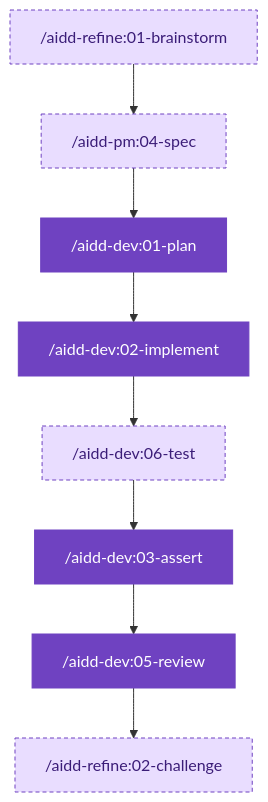
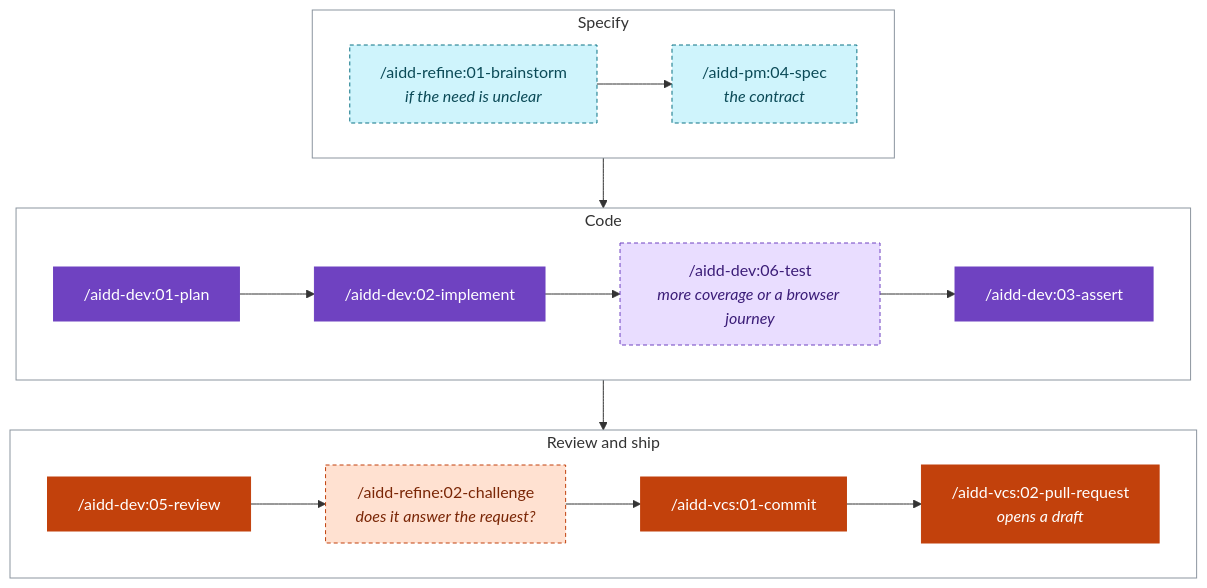
Before and after one commit to ai-driven-dev/framework: the second of 9 diagrams in docs/GUIDES.md, drawn with Mermaid. The commit also changed other lines of this file and 18 other files, not shown here.

First line of the commit message:
docs: show the human in the loop and trim every document to tables and diagrams

````diff
--- a/docs/GUIDES.md
+++ b/docs/GUIDES.md
@@ -31,8 +46,32 @@
 ```mermaid
 flowchart TD
-  n0["/aidd-refine:01-brainstorm"] --> n1["/aidd-pm:04-spec"] --> n2["/aidd-dev:01-plan"] --> n3["/aidd-dev:02-implement"] --> n4["/aidd-dev:06-test"] --> n5["/aidd-dev:03-assert"] --> n6["/aidd-dev:05-review"] --> n7["/aidd-refine:02-challenge"]
-  classDef step fill:#6f42c1,stroke:#6f42c1,color:#fff
-  classDef opt fill:#e9ddff,stroke:#6f42c1,stroke-dasharray:4 3,color:#3b1d78
-  class n2,n3,n5,n6 step
-  class n0,n1,n4,n7 opt
+  subgraph z0["Specify"]
+    direction LR
+    n0["/aidd-refine:01-brainstorm<br/><i>if the need is unclear</i>"] --> n1["/aidd-pm:04-spec<br/><i>the contract</i>"]
+  end
+  subgraph z1["Code"]
+    direction LR
+    n2["/aidd-dev:01-plan"] --> n3["/aidd-dev:02-implement"] --> n4["/aidd-dev:06-test<br/><i>more coverage or a browser journey</i>"] --> n5["/aidd-dev:03-assert"]
+  end
+  subgraph z2["Review and ship"]
+    direction LR
+    n6["/aidd-dev:05-review"] --> n7["/aidd-refine:02-challenge<br/><i>does it answer the request?</i>"] --> n8["/aidd-vcs:01-commit"] --> n9["/aidd-vcs:02-pull-request<br/><i>opens a draft</i>"]
+  end
+  z0 --> z1 --> z2
+  classDef spec fill:#0b7285,stroke:#0b7285,color:#fff
+  classDef specOpt fill:#cff4fc,stroke:#0b7285,stroke-dasharray:4 3,color:#0b4a57
+  classDef code fill:#6f42c1,stroke:#6f42c1,color:#fff
+  classDef codeOpt fill:#e9ddff,stroke:#6f42c1,stroke-dasharray:4 3,color:#3b1d78
+  classDef ship fill:#c2410c,stroke:#c2410c,color:#fff
+  classDef shipOpt fill:#ffe1d1,stroke:#c2410c,stroke-dasharray:4 3,color:#7a2606
+  classDef plain fill:#0969da,stroke:#0969da,color:#fff
+  classDef plainOpt fill:#ddf4ff,stroke:#0969da,stroke-dasharray:4 3,color:#0a3069
+  class n0,n1 specOpt
+  class n2,n3,n5 code
+  class n4 codeOpt
+  class n6,n8,n9 ship
+  class n7 shipOpt
+  style z0 fill:none,stroke:#8c959f
+  style z1 fill:none,stroke:#8c959f
+  style z2 fill:none,stroke:#8c959f
 ```
````
